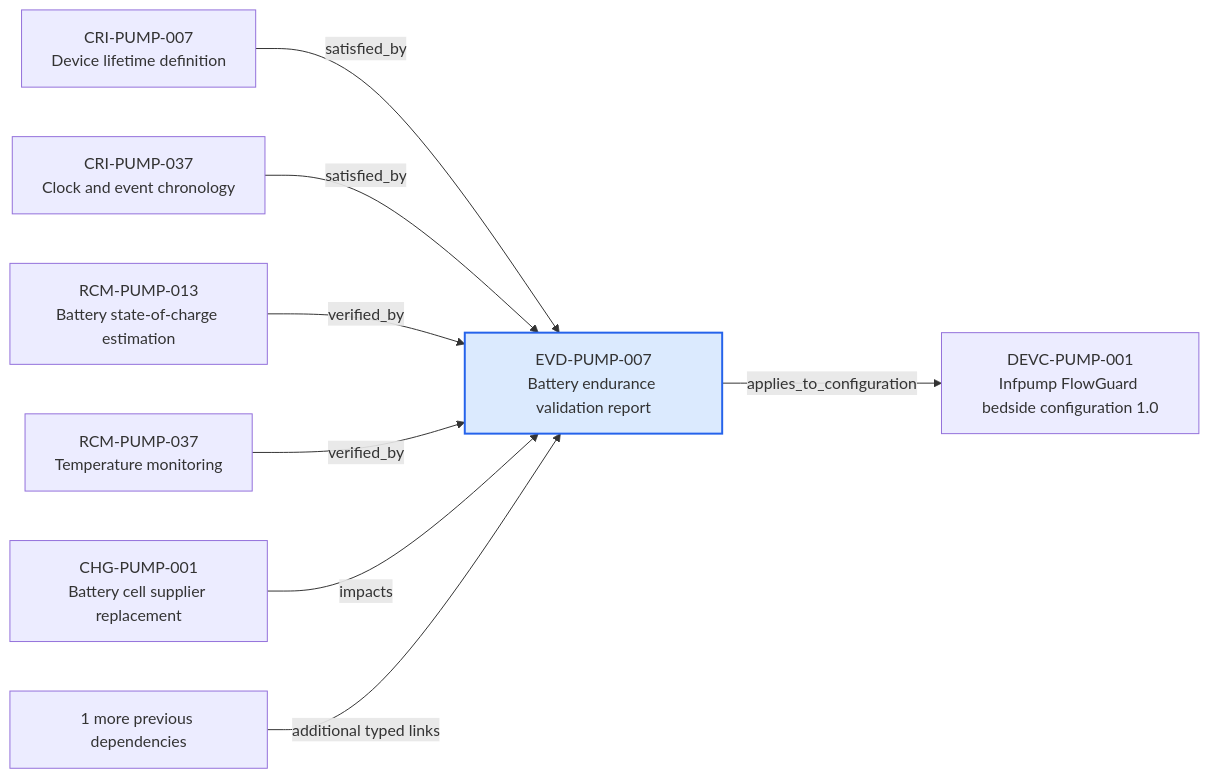
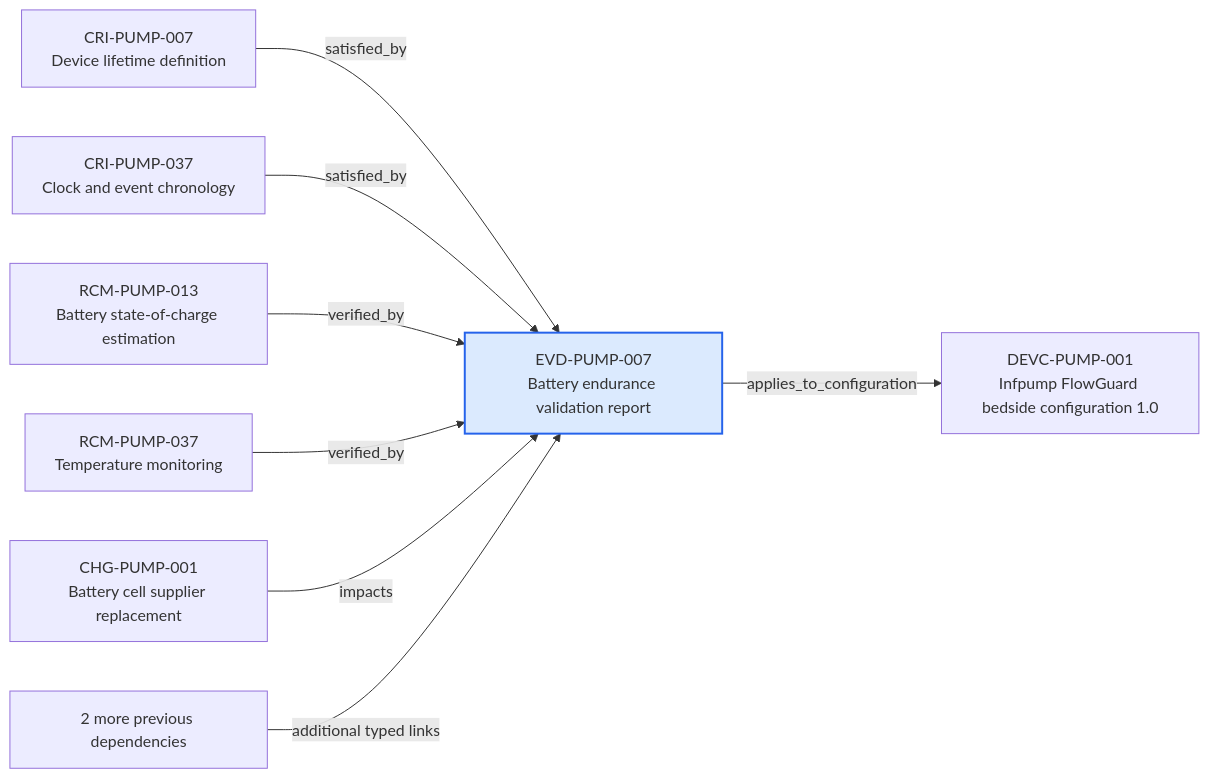
One commit to mvattulainen/mdrontology changed the diagram in content/06-Infpump FlowGuard ontology notes/verification-evidence/EVD-PUMP-007-battery-endurance-validation-report.md. Above: the diagram before and after it, drawn with Mermaid. The commit also changed other lines of this file and 37 other files, not shown here.

````diff
--- a/content/06-Infpump FlowGuard ontology notes/verification-evidence/EVD-PUMP-007-battery-endurance-validation-report.md
+++ b/content/06-Infpump FlowGuard ontology notes/verification-evidence/EVD-PUMP-007-battery-endurance-validation-report.md
@@ -77,20 +77,20 @@
 ```mermaid
 flowchart LR
   CURRENT["EVD-PUMP-007<br/>Battery endurance validation report"]
   PREV0["CRI-PUMP-007<br/>Device lifetime definition"]
   PREV0 -->|"satisfied_by"| CURRENT
   PREV1["CRI-PUMP-037<br/>Clock and event chronology"]
   PREV1 -->|"satisfied_by"| CURRENT
   PREV2["RCM-PUMP-013<br/>Battery state-of-charge estimation"]
   PREV2 -->|"verified_by"| CURRENT
   PREV3["RCM-PUMP-037<br/>Temperature monitoring"]
   PREV3 -->|"verified_by"| CURRENT
   PREV4["CHG-PUMP-001<br/>Battery cell supplier replacement"]
   PREV4 -->|"impacts"| CURRENT
-  PREV_MORE["1 more previous dependencies"]
+  PREV_MORE["2 more previous dependencies"]
   PREV_MORE -->|"additional typed links"| CURRENT
   NEXT0["DEVC-PUMP-001<br/>Infpump FlowGuard bedside configuration 1.0"]
   CURRENT -->|"applies_to_configuration"| NEXT0
   classDef current fill:#dbeafe,stroke:#2563eb,stroke-width:2px
   class CURRENT current
 ```
````
